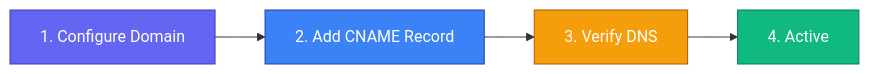
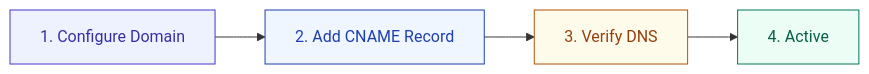
One commit to supercheck-io/supercheck changed the third of 3 diagrams in docs/content/docs/app/communicate/status-pages.mdx. Above: the diagram before and after it, drawn with Mermaid. The commit also changed other lines of this file and 15 other files, not shown here.

First line of the commit message:
docs: unify diagram styling and add AI SRE to architecture (#309)

````diff
--- a/docs/content/docs/app/communicate/status-pages.mdx
+++ b/docs/content/docs/app/communicate/status-pages.mdx
@@ -372,8 +392,8 @@
 ```mermaid
 flowchart LR
     A["1. Configure Domain"] --> B["2. Add CNAME Record"] --> C["3. Verify DNS"] --> D["4. Active"]
-    style A fill:#6366f1,stroke:#4338ca,color:#fff
-    style B fill:#3b82f6,stroke:#1e40af,color:#fff
-    style C fill:#f59e0b,stroke:#b45309,color:#fff
-    style D fill:#10b981,stroke:#047857,color:#fff
+    style A fill:#eef2ff,stroke:#4338ca,color:#3730a3
+    style B fill:#eff6ff,stroke:#1e40af,color:#1e40af
+    style C fill:#fffbeb,stroke:#b45309,color:#92400e
+    style D fill:#ecfdf5,stroke:#047857,color:#065f46
 ```
````
